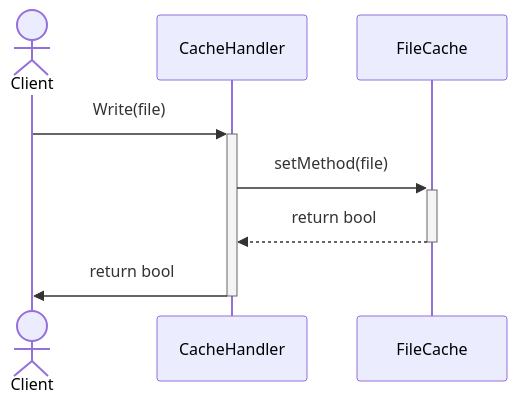
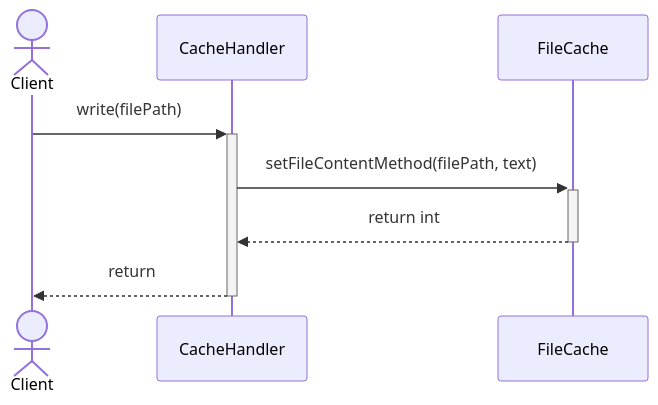
One commit to kaitokimuraofficial/distributed-file-systems changed the third of 3 diagrams in design/sequence.md. Above: the diagram before and after it, drawn with Mermaid. The commit also changed other lines of this file, not shown here.

Commit message:
rewrite sequence

````diff
--- a/design/sequence.md
+++ b/design/sequence.md
@@ -37,12 +32,12 @@
 ```mermaid
 sequenceDiagram
 
   actor C as Client
-  participant CE as CacheHandler
+  participant CH as CacheHandler
   participant FC as FileCache
 
-  C->>+CE: Write(file)
-  CE->>+FC: setMethod(file)
-  FC-->>-CE: return bool
-  CE->>-C:  return bool
+  C->>+CH: write(filePath)
+  CH->>+FC: setFileContentMethod(filePath, text)
+  FC-->>-CH: return int
+  CH-->>-C:  return 
 ```
````
